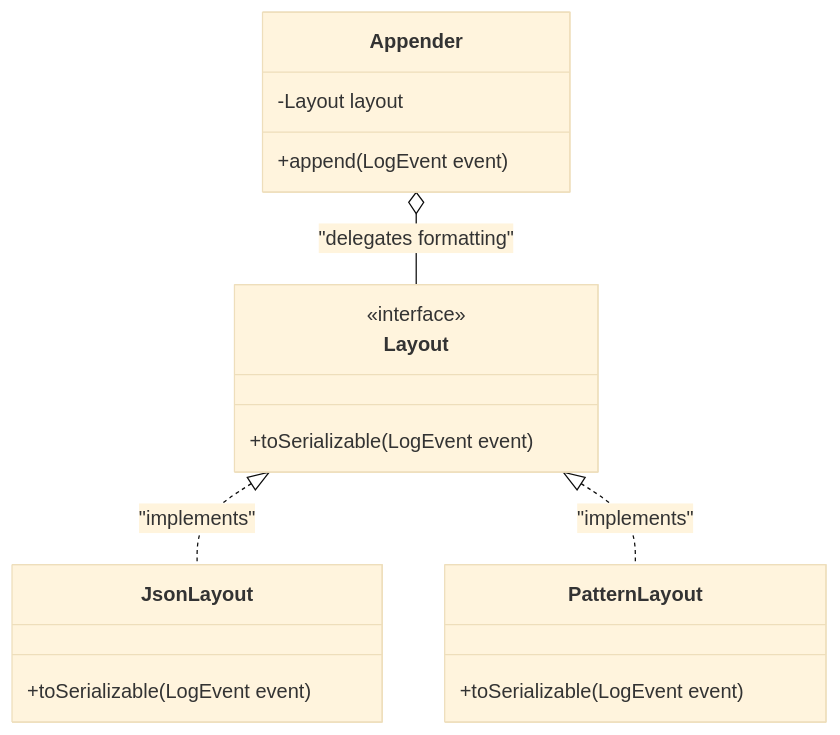
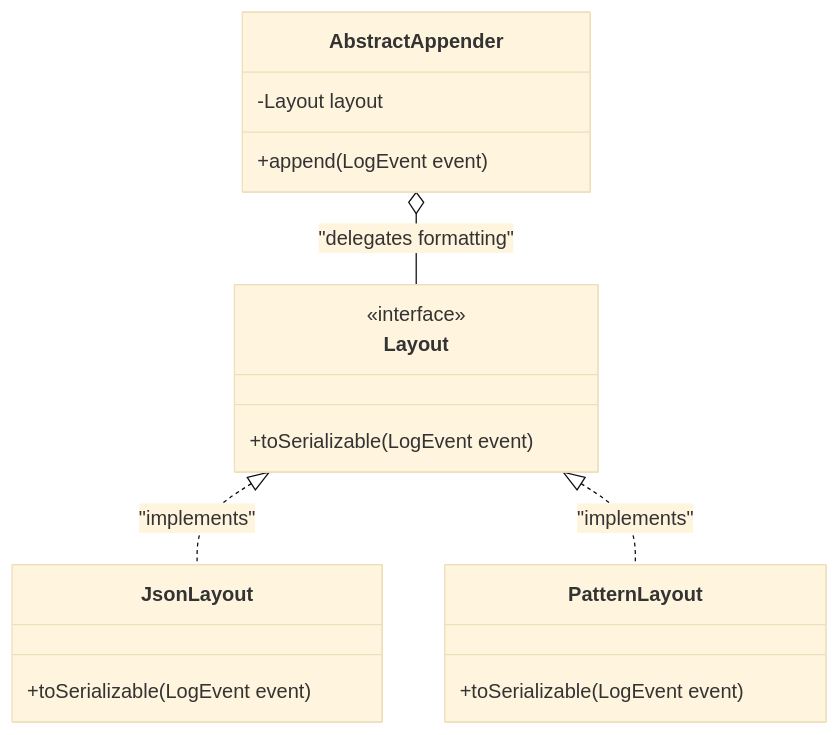
Before and after one commit to SwDA-Team07/AY-25-26-project: the third of 4 diagrams in docs/design.md, drawn with Mermaid (base theme). The commit also changed other lines of this file, not shown here.

````diff
--- a/docs/design.md
+++ b/docs/design.md
@@ -182,21 +180,21 @@
 ```mermaid
 classDiagram
-    class Appender {
+    class AbstractAppender {
         -Layout layout
         +append(LogEvent event)
     }
     class Layout {
         <<interface>>
         +toSerializable(LogEvent event)
     }
     class JsonLayout {
         +toSerializable(LogEvent event)
     }
     class PatternLayout {
         +toSerializable(LogEvent event)
     }
 
-    Appender o-- Layout : "delegates formatting"
+    AbstractAppender o-- Layout : "delegates formatting"
     Layout <|.. JsonLayout : "implements"
     Layout <|.. PatternLayout : "implements"
 ```
````
